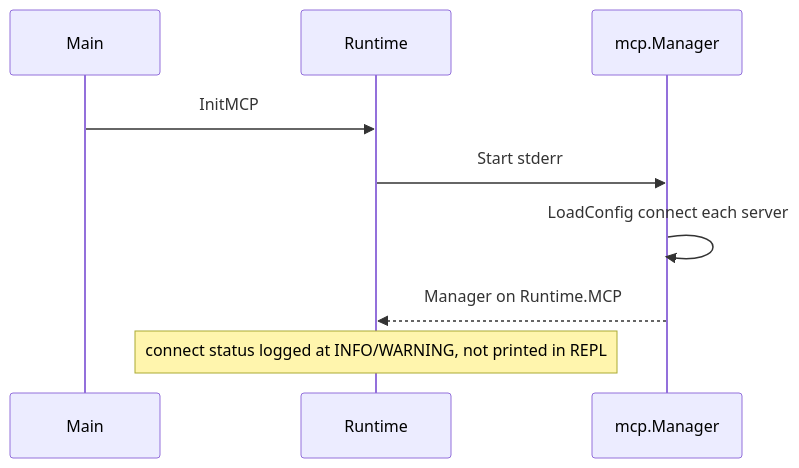
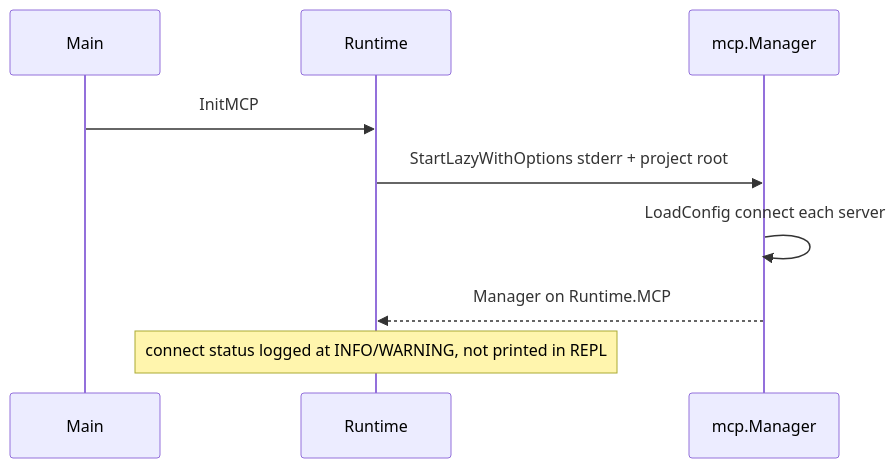
The diagram in docs/architecture/mcp-integration.md (SAPPHIR3-ROS3/Solomon), drawn with Mermaid before and after one commit. The commit also changed other lines of this file and 35 other files, not shown here.

````diff
--- a/docs/architecture/mcp-integration.md
+++ b/docs/architecture/mcp-integration.md
@@ -72,12 +86,12 @@
 ```mermaid
 sequenceDiagram
   participant Main
   participant RT as Runtime
   participant MCP as mcp.Manager
 
   Main->>RT: InitMCP
-  RT->>MCP: Start stderr
+  RT->>MCP: StartLazyWithOptions stderr + project root
   MCP->>MCP: LoadConfig connect each server
   MCP-->>RT: Manager on Runtime.MCP
   Note over RT: connect status logged at INFO/WARNING, not printed in REPL
 ```
````
